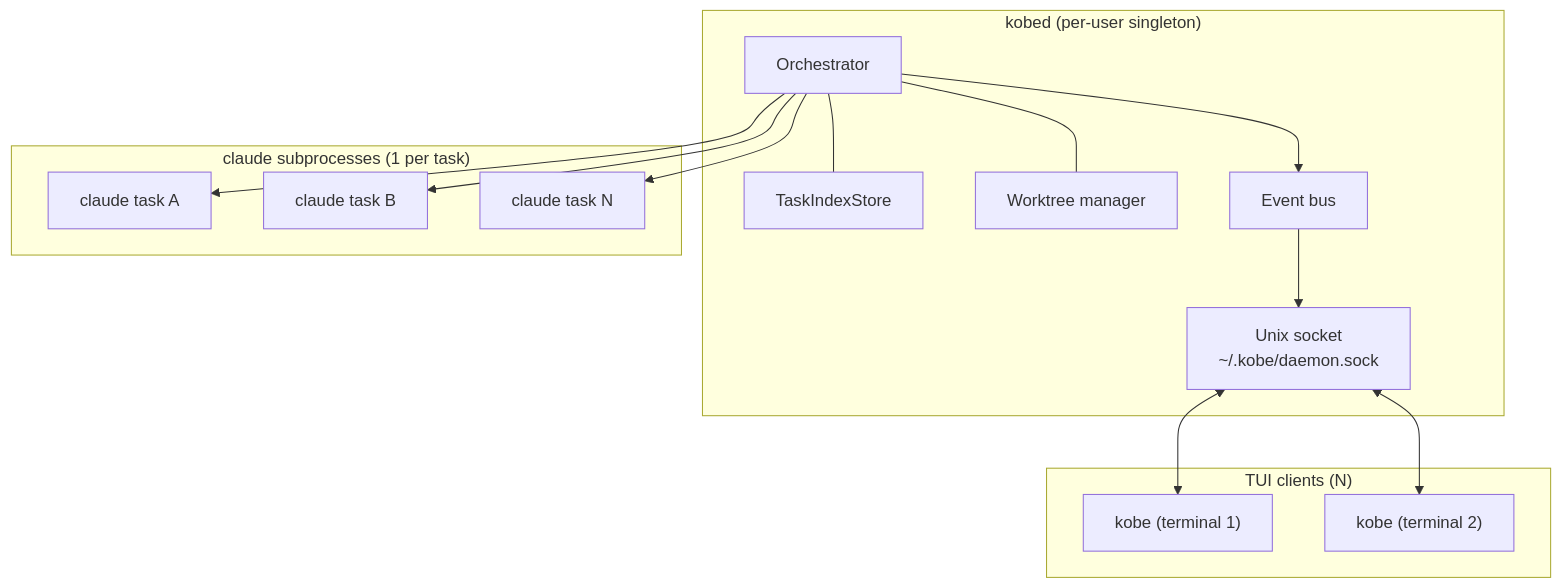
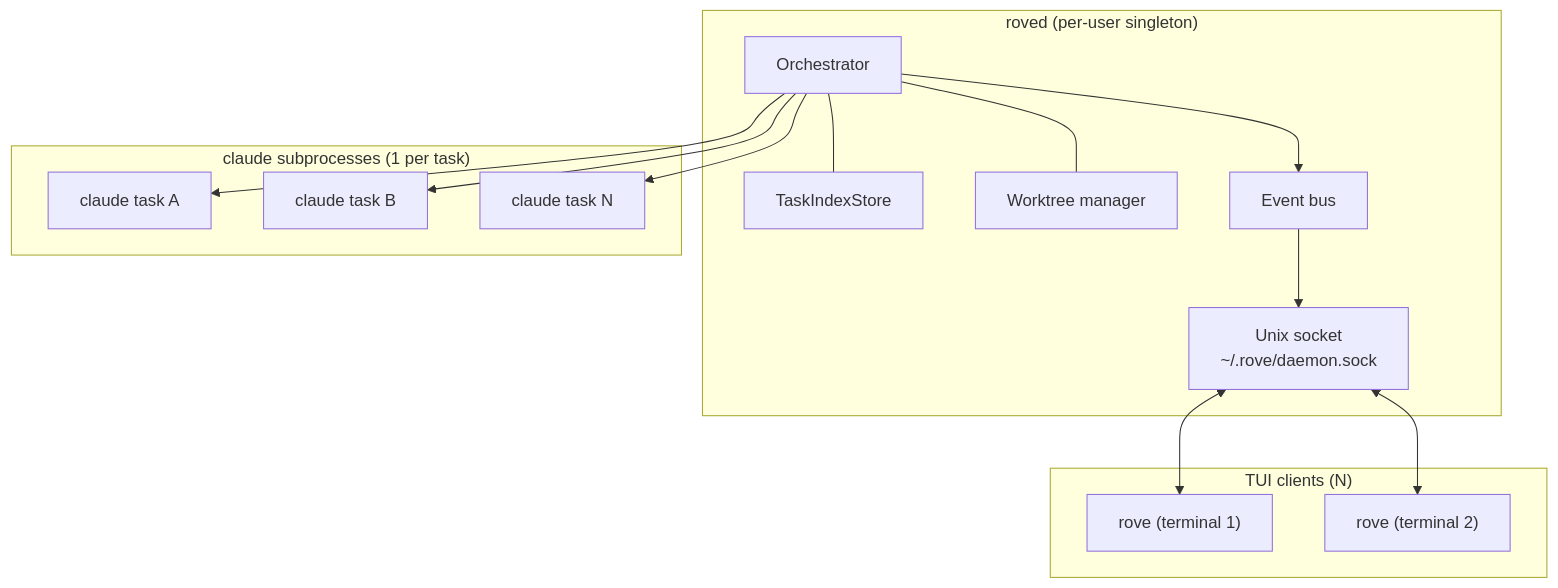
Before and after one commit to Sma1lboy/rove: the first of 2 diagrams in docs/design/daemon.md, drawn with Mermaid. The commit also changed other lines of this file and 198 other files, not shown here.

````diff
--- a/docs/design/daemon.md
+++ b/docs/design/daemon.md
@@ -49,32 +49,32 @@
 ```mermaid
 flowchart TB
-  subgraph daemon["kobed (per-user singleton)"]
+  subgraph daemon["roved (per-user singleton)"]
     orch[Orchestrator]
     idx[TaskIndexStore]
     wt[Worktree manager]
     bus[Event bus]
-    sock["Unix socket\n~/.kobe/daemon.sock"]
+    sock["Unix socket\n~/.rove/daemon.sock"]
     orch --- idx
     orch --- wt
     orch --> bus
     bus --> sock
   end
 
   subgraph claudes["claude subprocesses (1 per task)"]
     c1[claude task A]
     c2[claude task B]
     cN[claude task N]
   end
 
   subgraph tuis["TUI clients (N)"]
-    tui1["kobe (terminal 1)"]
-    tui2["kobe (terminal 2)"]
+    tui1["rove (terminal 1)"]
+    tui2["rove (terminal 2)"]
   end
 
   orch --> c1
   orch --> c2
   orch --> cN
 
   sock <--> tui1
   sock <--> tui2
 ```
````
